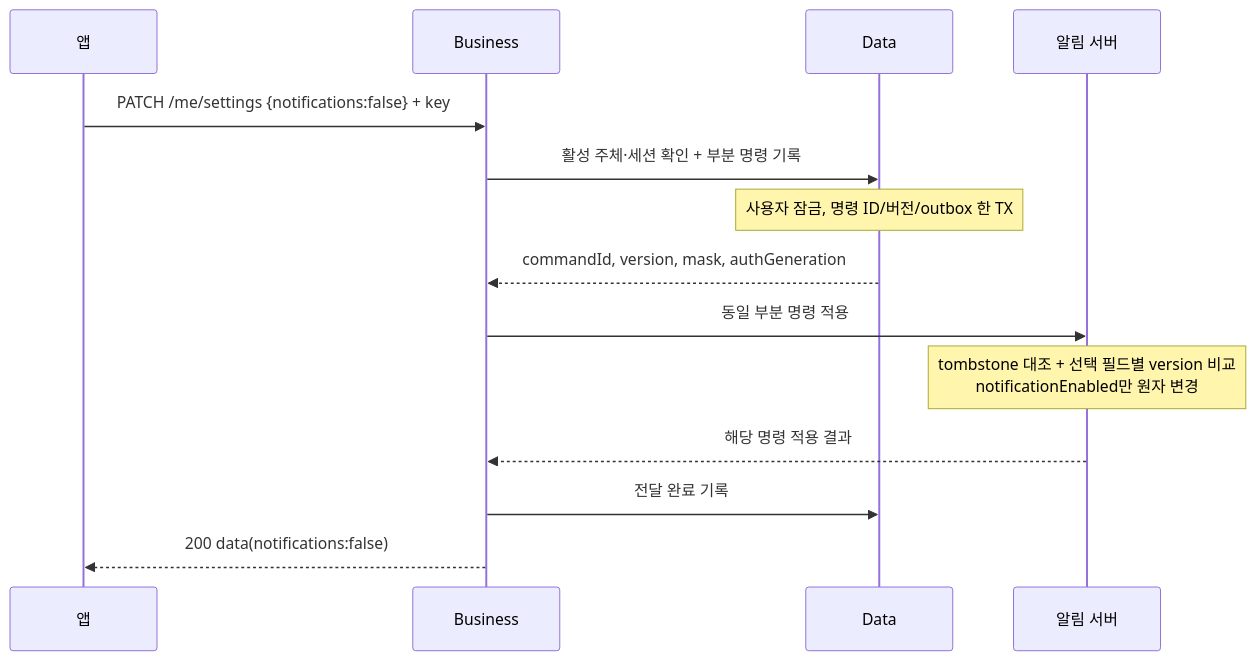
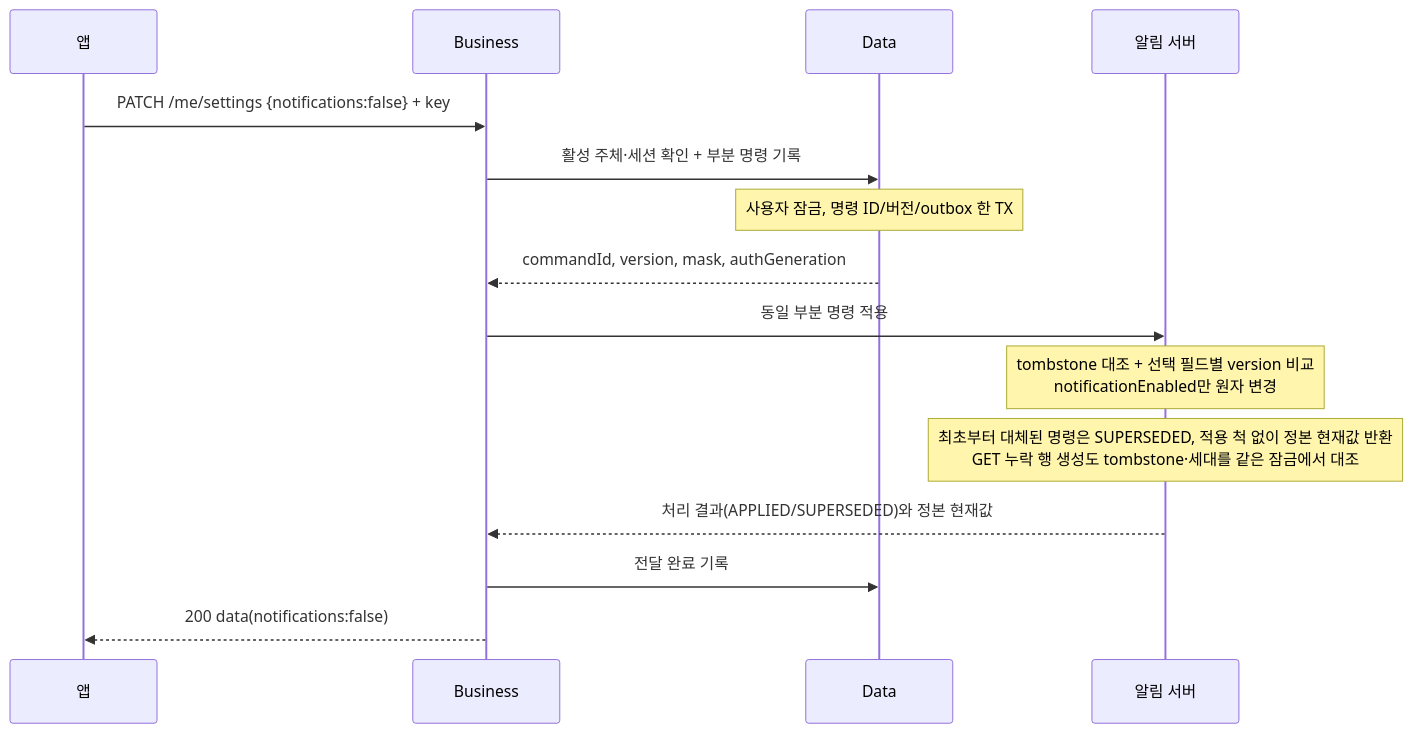
The sixth of 6 diagrams in docs/prd/account/high-level-design.md (OneOrThree/phone), drawn with Mermaid before and after one commit. The commit also changed other lines of this file and 4 other files, not shown here.

````diff
--- a/docs/prd/account/high-level-design.md
+++ b/docs/prd/account/high-level-design.md
@@ -227,16 +229,17 @@
 ```mermaid
 sequenceDiagram
     participant A as 앱
     participant B as Business
     participant D as Data
     participant N as 알림 서버
     A->>B: PATCH /me/settings {notifications:false} + key
     B->>D: 활성 주체·세션 확인 + 부분 명령 기록
     Note over D: 사용자 잠금, 명령 ID/버전/outbox 한 TX
     D-->>B: commandId, version, mask, authGeneration
     B->>N: 동일 부분 명령 적용
     Note over N: tombstone 대조 + 선택 필드별 version 비교<br/>notificationEnabled만 원자 변경
-    N-->>B: 해당 명령 적용 결과
+    Note over N: 최초부터 대체된 명령은 SUPERSEDED, 적용 척 없이 정본 현재값 반환<br/>GET 누락 행 생성도 tombstone·세대를 같은 잠금에서 대조
+    N-->>B: 처리 결과(APPLIED/SUPERSEDED)와 정본 현재값
     B->>D: 전달 완료 기록
     B-->>A: 200 data(notifications:false)
 ```
````
